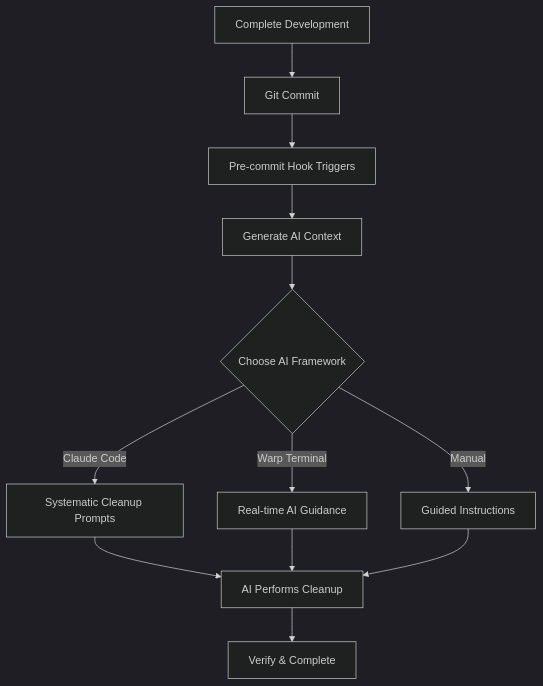
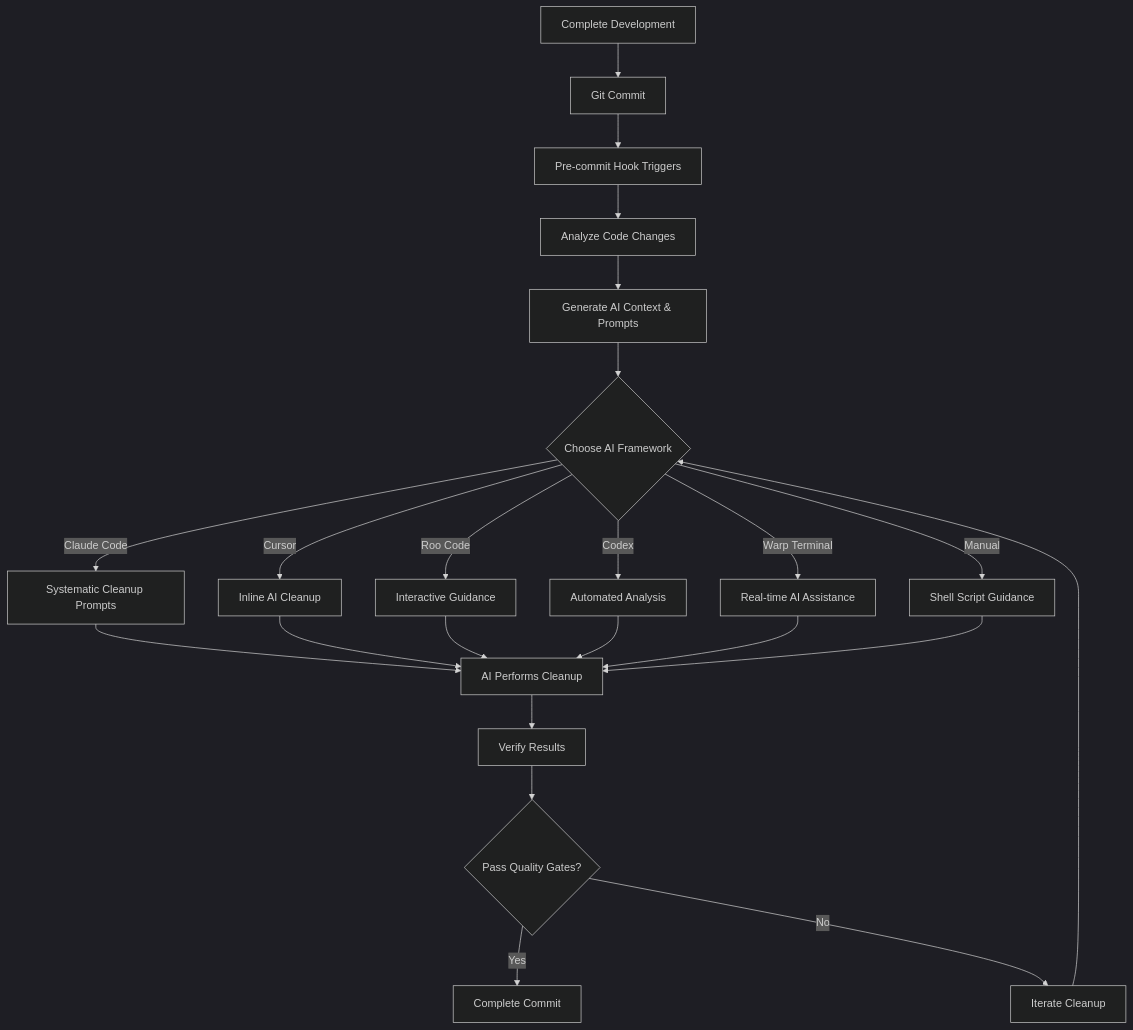
The diagram in README.md (nelsojona/cleanup-toolkit), drawn with Mermaid (dark theme) before and after one commit. The commit also changed other lines of this file, not shown here.

````diff
--- a/README.md
+++ b/README.md
@@ -50,14 +60,25 @@
 ```mermaid
 graph TD
     A[Complete Development] --> B[Git Commit]
     B --> C[Pre-commit Hook Triggers]
-    C --> D[Generate AI Context]
-    D --> E{Choose AI Framework}
-    E -->|Claude Code| F[Systematic Cleanup Prompts]
-    E -->|Warp Terminal| G[Real-time AI Guidance]
-    E -->|Manual| H[Guided Instructions]
-    F --> I[AI Performs Cleanup]
-    G --> I
-    H --> I
-    I --> J[Verify & Complete]
+    C --> D[Analyze Code Changes]
+    D --> E[Generate AI Context & Prompts]
+    E --> F{Choose AI Framework}
+    F -->|Claude Code| G[Systematic Cleanup Prompts]
+    F -->|Cursor| H[Inline AI Cleanup]
+    F -->|Roo Code| I[Interactive Guidance]
+    F -->|Codex| J[Automated Analysis]
+    F -->|Warp Terminal| K[Real-time AI Assistance]
+    F -->|Manual| L[Shell Script Guidance]
+    G --> M[AI Performs Cleanup]
+    H --> M
+    I --> M
+    J --> M
+    K --> M
+    L --> M
+    M --> N[Verify Results]
+    N --> O{Pass Quality Gates?}
+    O -->|Yes| P[Complete Commit]
+    O -->|No| Q[Iterate Cleanup]
+    Q --> F
 ```
````
